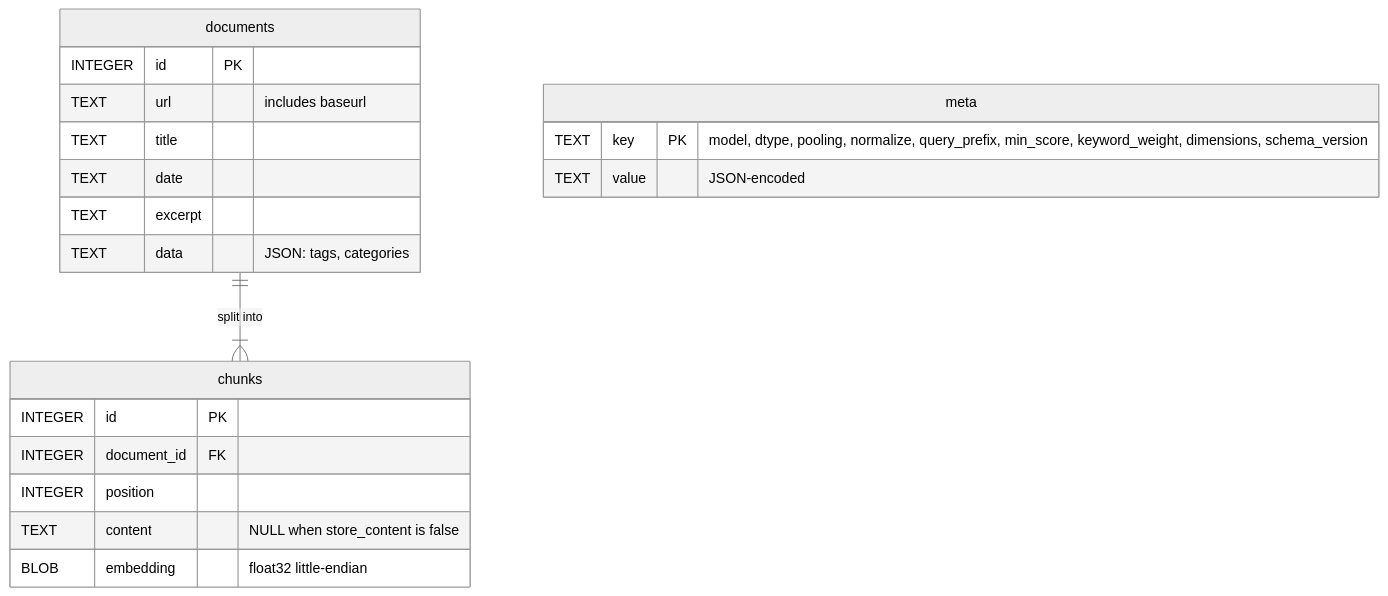
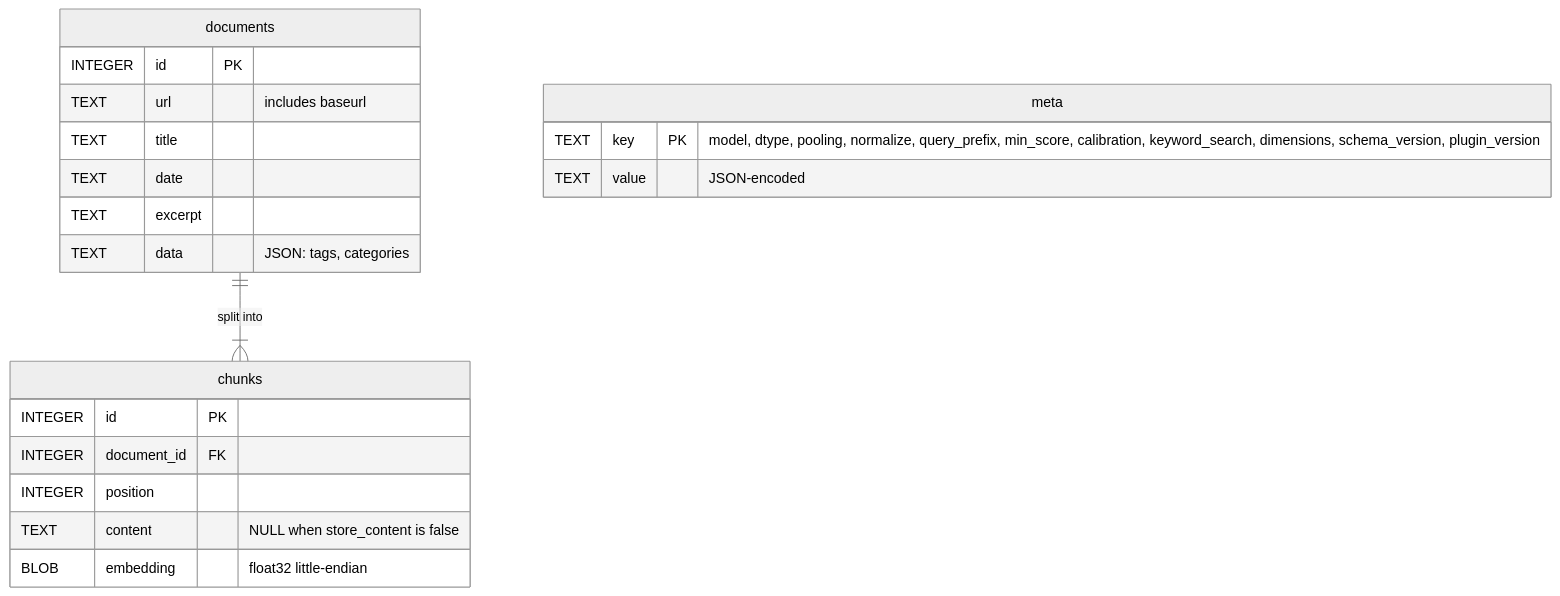
One commit to mourjo/jekyll-semantic-search changed the third of 3 diagrams in README.md. Above: the diagram before and after it, drawn with Mermaid (neutral theme). The commit also changed other lines of this file and 18 other files, not shown here.

````diff
--- a/README.md
+++ b/README.md
@@ -346,23 +609,23 @@
 ```mermaid
 erDiagram
   documents ||--|{ chunks : "split into"
   meta {
-    TEXT key PK "model, dtype, pooling, normalize, query_prefix, min_score, keyword_weight, dimensions, schema_version"
+    TEXT key PK "model, dtype, pooling, normalize, query_prefix, min_score, calibration, keyword_search, dimensions, schema_version, plugin_version"
     TEXT value "JSON-encoded"
   }
   documents {
     INTEGER id PK
     TEXT url "includes baseurl"
     TEXT title
     TEXT date
     TEXT excerpt
     TEXT data "JSON: tags, categories"
   }
   chunks {
     INTEGER id PK
     INTEGER document_id FK
     INTEGER position
     TEXT content "NULL when store_content is false"
     BLOB embedding "float32 little-endian"
   }
 ```
````
